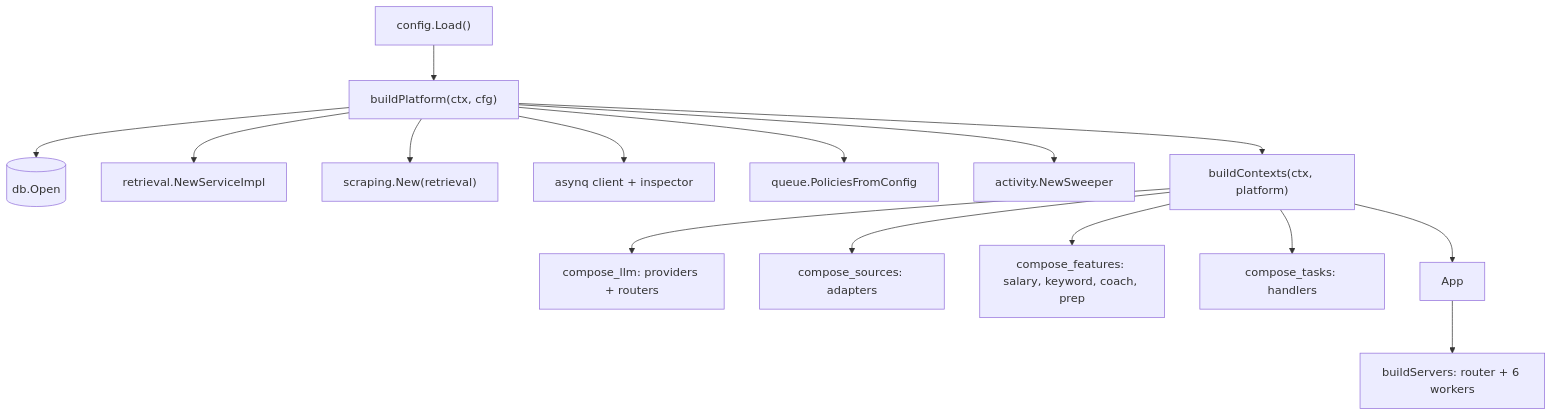
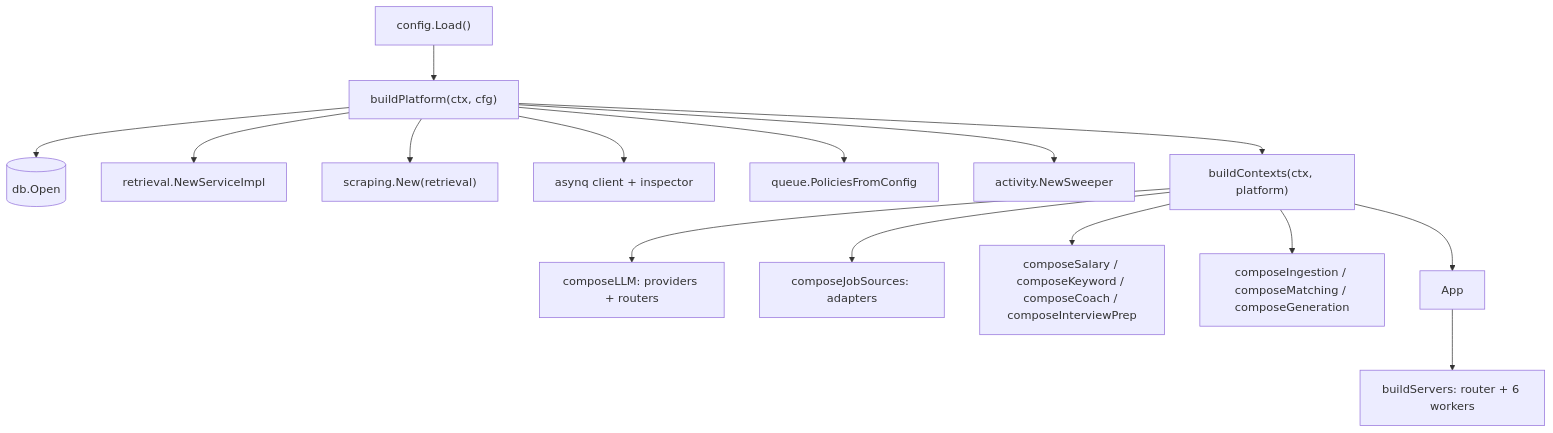
One commit to nonamecat19/job-finder changed the second of 3 diagrams in docs/docs/principles/dependency-injection.md. Above: the diagram before and after it, drawn with Mermaid. The commit also changed other lines of this file and 38 other files, not shown here.

````diff
--- a/docs/docs/principles/dependency-injection.md
+++ b/docs/docs/principles/dependency-injection.md
@@ -81,17 +82,17 @@
 ```mermaid
 flowchart TD
     CFG["config.Load()"] --> PLAT["buildPlatform(ctx, cfg)"]
     PLAT --> DB[("db.Open")]
     PLAT --> RET["retrieval.NewServiceImpl"]
     PLAT --> SCR["scraping.New(retrieval)"]
     PLAT --> AQ["asynq client + inspector"]
     PLAT --> POL["queue.PoliciesFromConfig"]
     PLAT --> SW["activity.NewSweeper"]
     PLAT --> CTXS["buildContexts(ctx, platform)"]
-    CTXS --> LLM["compose_llm: providers + routers"]
-    CTXS --> SRC["compose_sources: adapters"]
-    CTXS --> FEAT["compose_features: salary, keyword, coach, prep"]
-    CTXS --> TASKS["compose_tasks: handlers"]
+    CTXS --> LLM["composeLLM: providers + routers"]
+    CTXS --> SRC["composeJobSources: adapters"]
+    CTXS --> FEAT["composeSalary / composeKeyword / composeCoach / composeInterviewPrep"]
+    CTXS --> TASKS["composeIngestion / composeMatching / composeGeneration"]
     CTXS --> APP["App"]
     APP --> SRV["buildServers: router + 6 workers"]
 ```
````
